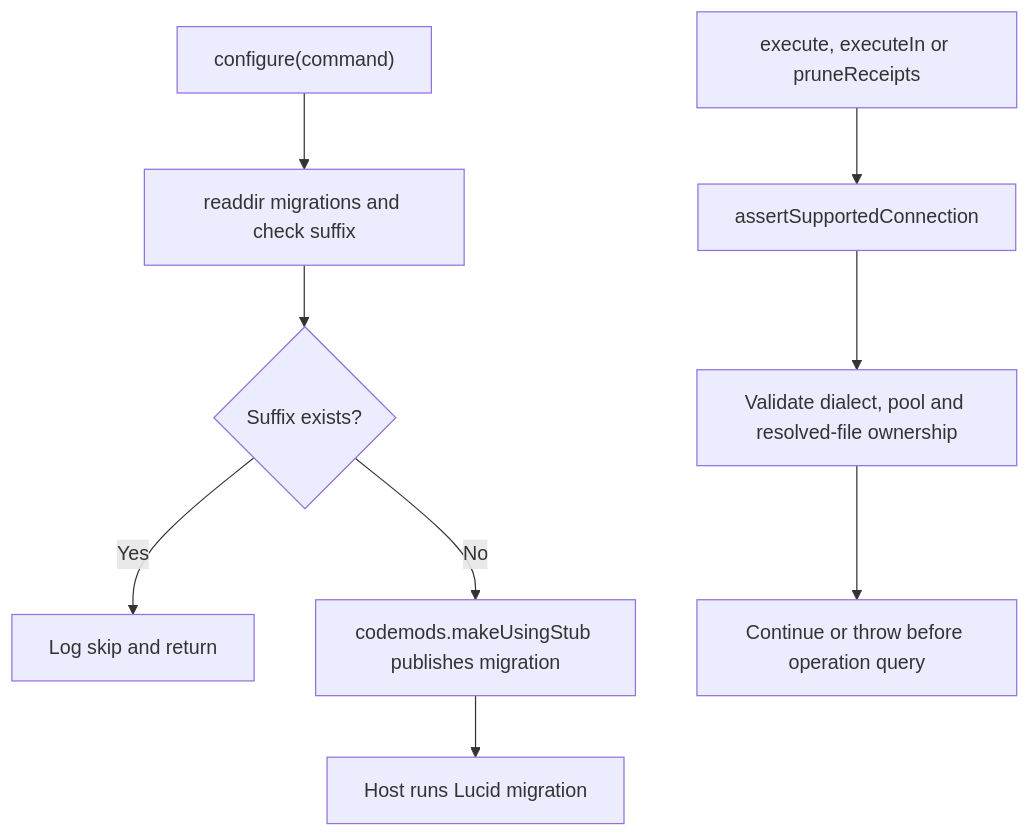
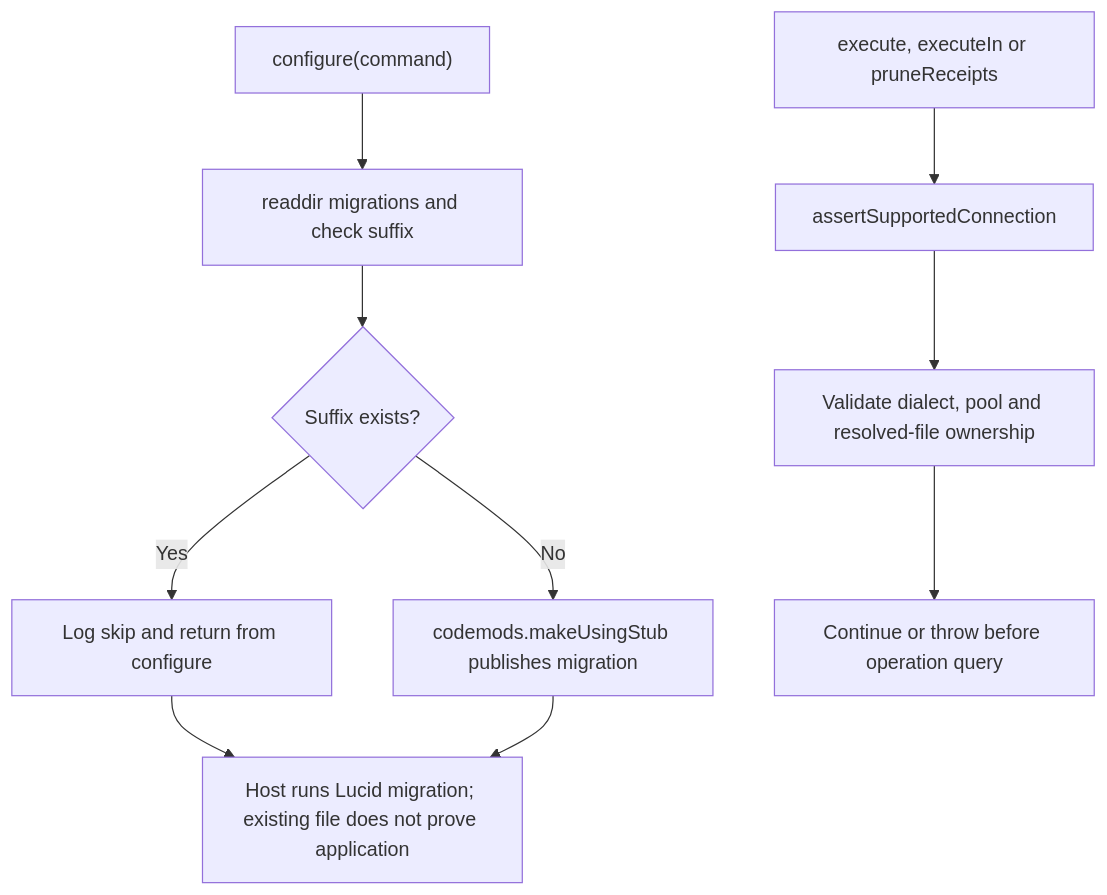
Before and after one commit to Kevinjohn/oss-adonisjs-duplicate-request-guard: the second of 2 diagrams in user-stories/US-GUARD-04-operate-receipts.md, drawn with Mermaid. The commit also changed other lines of this file and 2 other files, not shown here.

Commit message:
docs: correct catalogue behavior and recovery flows

````diff
--- a/user-stories/US-GUARD-04-operate-receipts.md
+++ b/user-stories/US-GUARD-04-operate-receipts.md
@@ -38,11 +38,12 @@
 ```mermaid
 flowchart TD
     A["configure(command)"] --> B["readdir migrations and check suffix"]
     B --> C{"Suffix exists?"}
-    C -->|Yes| D["Log skip and return"]
+    C -->|Yes| D["Log skip and return from configure"]
+    D --> F
     C -->|No| E["codemods.makeUsingStub publishes migration"]
-    E --> F["Host runs Lucid migration"]
+    E --> F["Host runs Lucid migration; existing file does not prove application"]
     G["execute, executeIn or pruneReceipts"] --> H["assertSupportedConnection"]
     H --> I["Validate dialect, pool and resolved-file ownership"]
     I --> J["Continue or throw before operation query"]
 ```
````
